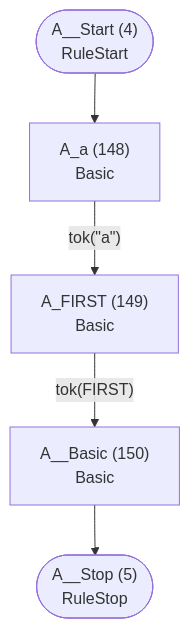
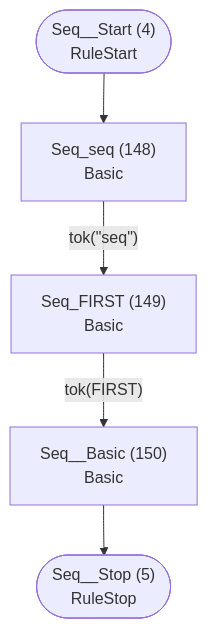
One commit to TypeFox/fastbelt changed the third of 41 diagrams in internal/languages/completion/atn.md. Above: the diagram before and after it, drawn with Mermaid. The commit also changed other lines of this file and 11 other files, not shown here.

````diff
--- a/internal/languages/completion/atn.md
+++ b/internal/languages/completion/atn.md
@@ -184,13 +184,13 @@
 ```mermaid
 flowchart TD
-    q4(["A__Start (4)<br/>RuleStart"])
-    q5(["A__Stop (5)<br/>RuleStop"])
-    q148["A_a (148)<br/>Basic<br/>"]
-    q149["A_FIRST (149)<br/>Basic<br/>"]
-    q150["A__Basic (150)<br/>Basic<br/>"]
+    q4(["Seq__Start (4)<br/>RuleStart"])
+    q5(["Seq__Stop (5)<br/>RuleStop"])
+    q148["Seq_seq (148)<br/>Basic<br/>"]
+    q149["Seq_FIRST (149)<br/>Basic<br/>"]
+    q150["Seq__Basic (150)<br/>Basic<br/>"]
 
     q4 --> q148
-    q148 -->|"tok(&quot;a&quot;)"| q149
+    q148 -->|"tok(&quot;seq&quot;)"| q149
     q149 -->|"tok(FIRST)"| q150
     q150 --> q5
 ```
````
